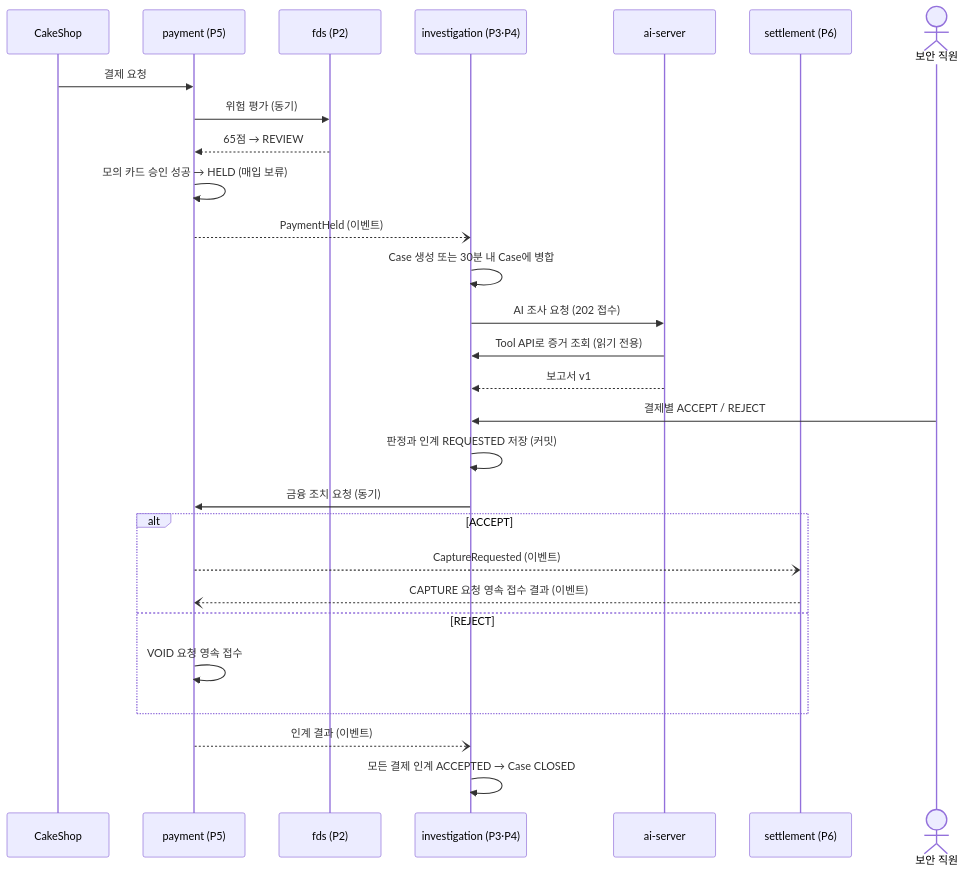
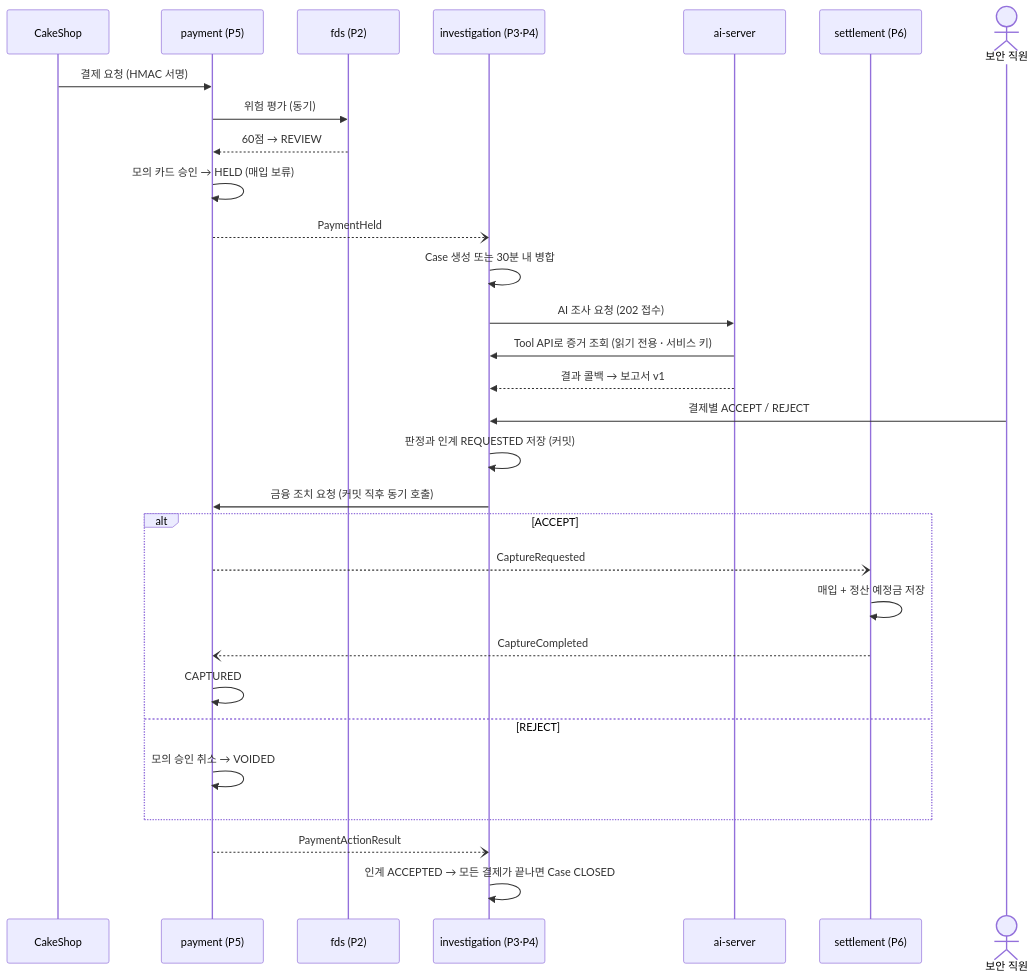
The first of 2 diagrams in README.md (team-sweethan/DonWorry), drawn with Mermaid before and after one commit. The commit also changed other lines of this file and 2 other files, not shown here.

````diff
--- a/README.md
+++ b/README.md
@@ -44,31 +50,33 @@
 ```mermaid
 sequenceDiagram
     participant C as CakeShop
     participant P as payment (P5)
     participant F as fds (P2)
     participant I as investigation (P3·P4)
     participant A as ai-server
     participant S as settlement (P6)
     actor U as 보안 직원
 
-    C->>P: 결제 요청
+    C->>P: 결제 요청 (HMAC 서명)
     P->>F: 위험 평가 (동기)
-    F-->>P: 65점 → REVIEW
-    P->>P: 모의 카드 승인 성공 → HELD (매입 보류)
-    P--)I: PaymentHeld (이벤트)
-    I->>I: Case 생성 또는 30분 내 Case에 병합
+    F-->>P: 60점 → REVIEW
+    P->>P: 모의 카드 승인 → HELD (매입 보류)
+    P--)I: PaymentHeld
+    I->>I: Case 생성 또는 30분 내 병합
     I->>A: AI 조사 요청 (202 접수)
-    A->>I: Tool API로 증거 조회 (읽기 전용)
-    A-->>I: 보고서 v1
+    A->>I: Tool API로 증거 조회 (읽기 전용 · 서비스 키)
+    A-->>I: 결과 콜백 → 보고서 v1
     U->>I: 결제별 ACCEPT / REJECT
     I->>I: 판정과 인계 REQUESTED 저장 (커밋)
-    I->>P: 금융 조치 요청 (동기)
+    I->>P: 금융 조치 요청 (커밋 직후 동기 호출)
     alt ACCEPT
-        P--)S: CaptureRequested (이벤트)
-        S--)P: CAPTURE 요청 영속 접수 결과 (이벤트)
+        P--)S: CaptureRequested
+        S->>S: 매입 + 정산 예정금 저장
+        S--)P: CaptureCompleted
+        P->>P: CAPTURED
     else REJECT
-        P->>P: VOID 요청 영속 접수
+        P->>P: 모의 승인 취소 → VOIDED
     end
-    P--)I: 인계 결과 (이벤트)
-    I->>I: 모든 결제 인계 ACCEPTED → Case CLOSED
+    P--)I: PaymentActionResult
+    I->>I: 인계 ACCEPTED → 모든 결제가 끝나면 Case CLOSED
 ```
````
